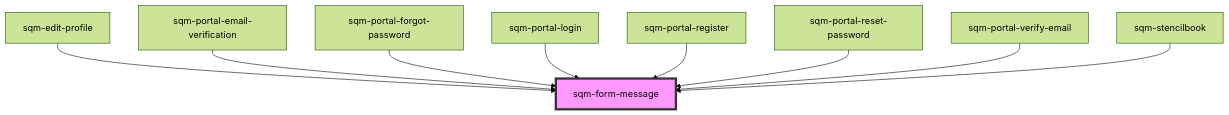
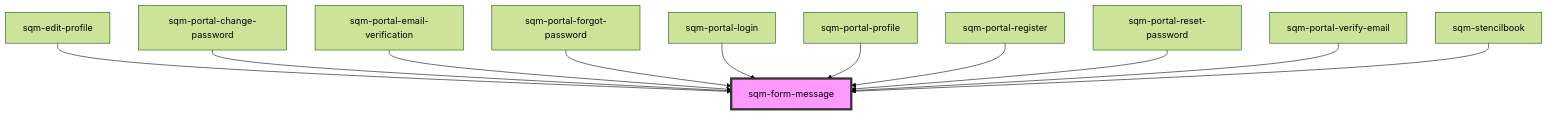
The diagram in packages/mint-components/src/components/sqm-form-message/readme.md (saasquatch/program-tools), drawn with Mermaid (forest theme) before and after one commit. The commit also changed other lines of this file and 13 other files, not shown here.

````diff
--- a/packages/mint-components/src/components/sqm-form-message/readme.md
+++ b/packages/mint-components/src/components/sqm-form-message/readme.md
@@ -30,12 +32,14 @@
 ```mermaid
 graph TD;
   sqm-edit-profile --> sqm-form-message
+  sqm-portal-change-password --> sqm-form-message
   sqm-portal-email-verification --> sqm-form-message
   sqm-portal-forgot-password --> sqm-form-message
   sqm-portal-login --> sqm-form-message
+  sqm-portal-profile --> sqm-form-message
   sqm-portal-register --> sqm-form-message
   sqm-portal-reset-password --> sqm-form-message
   sqm-portal-verify-email --> sqm-form-message
   sqm-stencilbook --> sqm-form-message
   style sqm-form-message fill:#f9f,stroke:#333,stroke-width:4px
 ```
````
